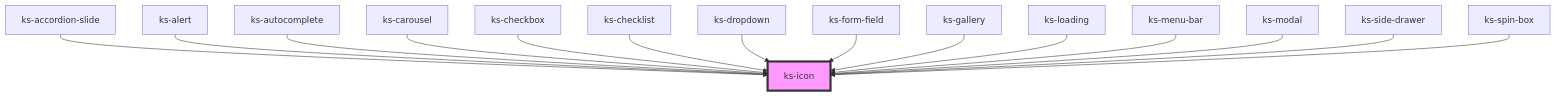
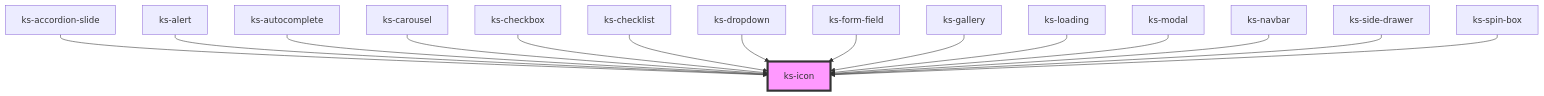
Before and after one commit to kickstand-ui/kickstand-ui: the diagram in src/scripts/components/icon/readme.md, drawn with Mermaid. The commit also changed other lines of this file and 8 other files, not shown here.

Commit message:
rename "menu-bar" to "navbar"

````diff
--- a/src/scripts/components/icon/readme.md
+++ b/src/scripts/components/icon/readme.md
@@ -37,18 +37,18 @@
 ```mermaid
 graph TD;
   ks-accordion-slide --> ks-icon
   ks-alert --> ks-icon
   ks-autocomplete --> ks-icon
   ks-carousel --> ks-icon
   ks-checkbox --> ks-icon
   ks-checklist --> ks-icon
   ks-dropdown --> ks-icon
   ks-form-field --> ks-icon
   ks-gallery --> ks-icon
   ks-loading --> ks-icon
-  ks-menu-bar --> ks-icon
   ks-modal --> ks-icon
+  ks-navbar --> ks-icon
   ks-side-drawer --> ks-icon
   ks-spin-box --> ks-icon
   style ks-icon fill:#f9f,stroke:#333,stroke-width:4px
 ```
````
